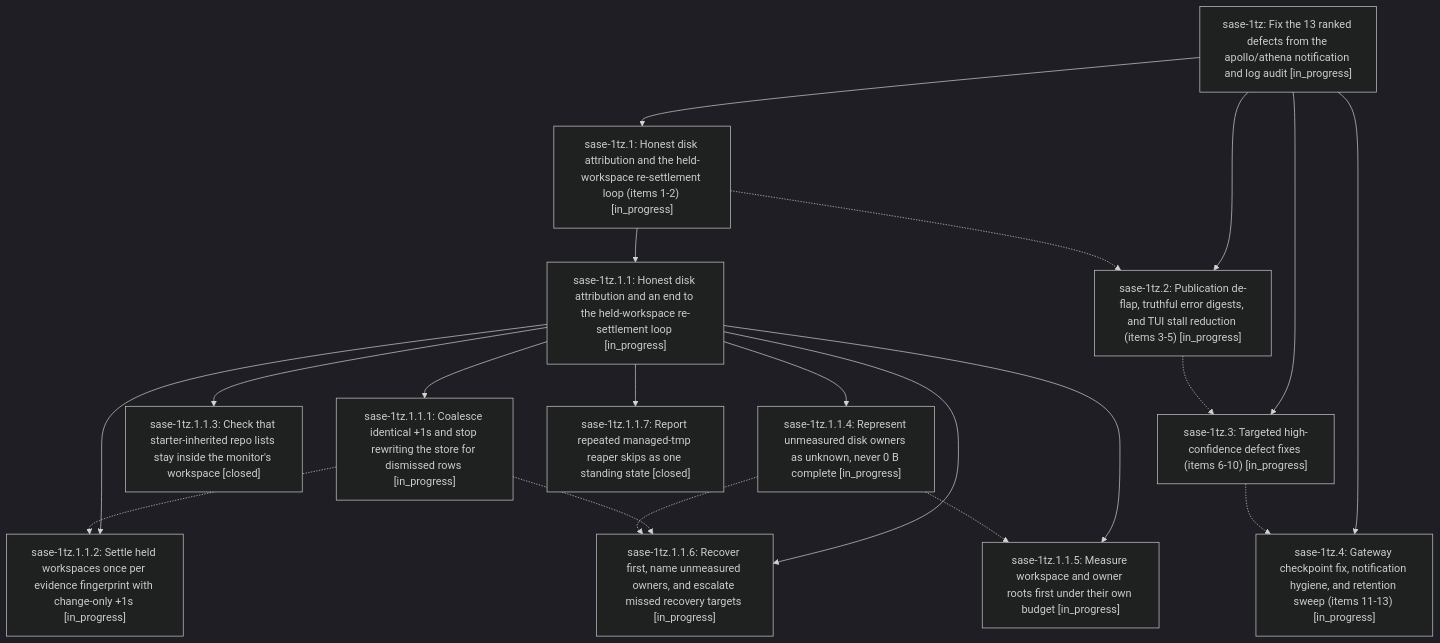
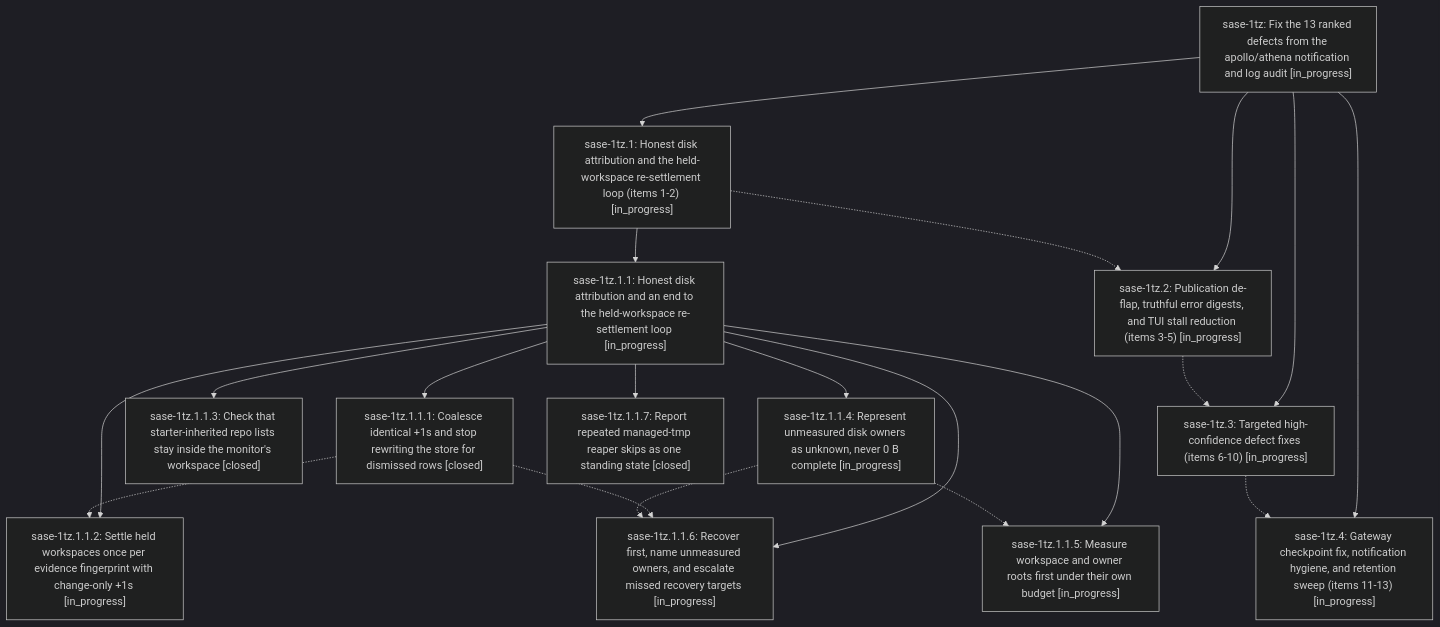
Before and after one commit to sase-org/sase--beads: the diagram in pages/sase-1tz/README.md, drawn with Mermaid (dark theme). The commit also changed other lines of this file and 7 other files, not shown here.

````diff
--- a/pages/sase-1tz/README.md
+++ b/pages/sase-1tz/README.md
@@ -37,35 +37,35 @@
 ```mermaid
 flowchart TD
     n0["sase-1tz: Fix the 13 ranked defects from the apollo/athena notification and log audit [in_progress]"]
     n1["sase-1tz.1: Honest disk attribution and the held-workspace re-settlement loop (items 1-2) [in_progress]"]
     n2["sase-1tz.1.1: Honest disk attribution and an end to the held-workspace re-settlement loop [in_progress]"]
-    n3["sase-1tz.1.1.1: Coalesce identical +1s and stop rewriting the store for dismissed rows [in_progress]"]
+    n3["sase-1tz.1.1.1: Coalesce identical +1s and stop rewriting the store for dismissed rows [closed]"]
     n4["sase-1tz.1.1.2: Settle held workspaces once per evidence fingerprint with change-only +1s [in_progress]"]
     n5["sase-1tz.1.1.3: Check that starter-inherited repo lists stay inside the monitor's workspace [closed]"]
     n6["sase-1tz.1.1.4: Represent unmeasured disk owners as unknown, never 0 B complete [in_progress]"]
     n7["sase-1tz.1.1.5: Measure workspace and owner roots first under their own budget [in_progress]"]
     n8["sase-1tz.1.1.6: Recover first, name unmeasured owners, and escalate missed recovery targets [in_progress]"]
     n9["sase-1tz.1.1.7: Report repeated managed-tmp reaper skips as one standing state [closed]"]
     n10["sase-1tz.2: Publication de-flap, truthful error digests, and TUI stall reduction (items 3-5) [in_progress]"]
     n11["sase-1tz.3: Targeted high-confidence defect fixes (items 6-10) [in_progress]"]
     n12["sase-1tz.4: Gateway checkpoint fix, notification hygiene, and retention sweep (items 11-13) [in_progress]"]
     n0 --> n1
     n1 --> n2
     n2 --> n3
     n2 --> n4
     n2 --> n5
     n2 --> n6
     n2 --> n7
     n2 --> n8
     n2 --> n9
     n0 --> n10
     n0 --> n11
     n0 --> n12
     n1 -.-> n10
     n3 -.-> n4
     n3 -.-> n8
     n6 -.-> n7
     n6 -.-> n8
     n10 -.-> n11
     n11 -.-> n12
 ```
````
